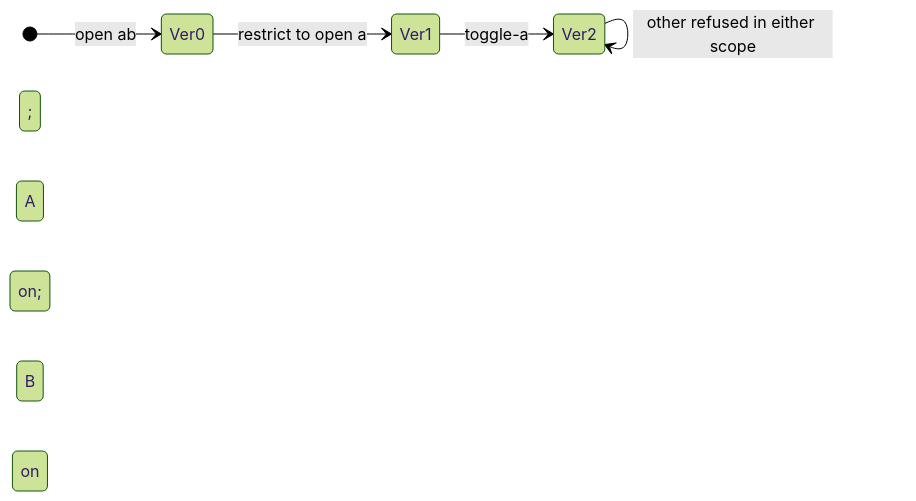
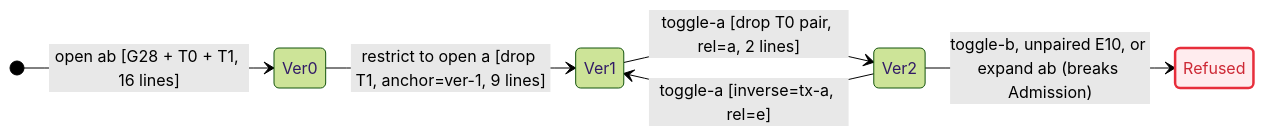
One commit to wetware-hq/procedure changed the first of 2 diagrams in procedure.md. Above: the diagram before and after it, drawn with Mermaid (forest theme). The commit also changed other lines of this file and 1 other file, not shown here.

````diff
--- a/procedure.md
+++ b/procedure.md
@@ -620,8 +984,11 @@
 ```mermaid
 stateDiagram-v2
   direction LR
-  [*] --> Ver0: open ab; A on; B on
-  Ver0 --> Ver1: restrict to open a
-  Ver1 --> Ver2: toggle-a
-  Ver2 --> Ver2: other refused in either scope
+  [*] --> Ver0: open ab [G28 + T0 + T1, 16 lines]
+  Ver0 --> Ver1: restrict to open a [drop T1, anchor=ver-1, 9 lines]
+  Ver1 --> Ver2: toggle-a [drop T0 pair, rel=a, 2 lines]
+  Ver2 --> Ver1: toggle-a [inverse=tx-a, rel=e]
+  Ver2 --> Refused: toggle-b, unpaired E10, or expand ab (breaks Admission)
+  classDef breaks fill:#ffecee,stroke:#e72e3b,stroke-width:2.5px,color:#cd2834
+  class Refused breaks
 ```
````
